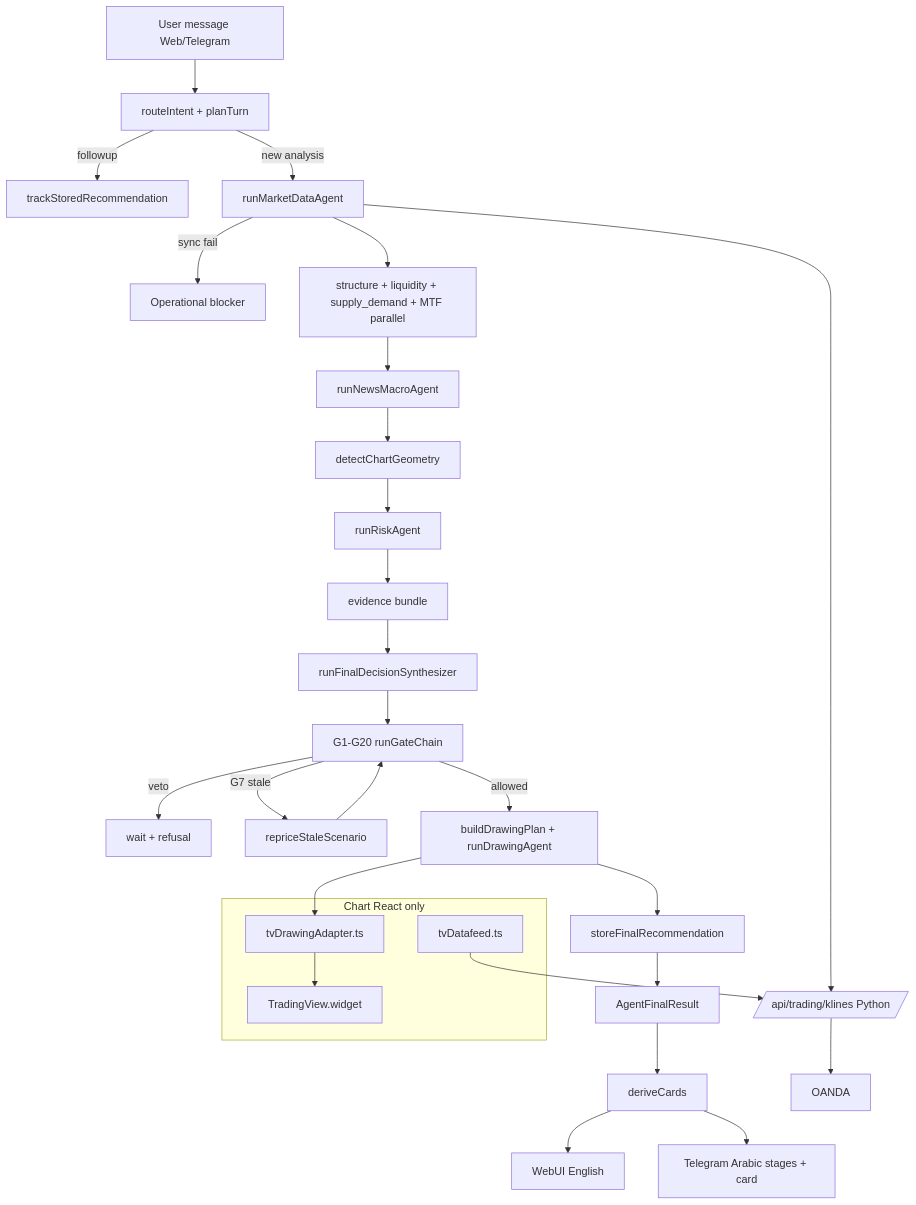
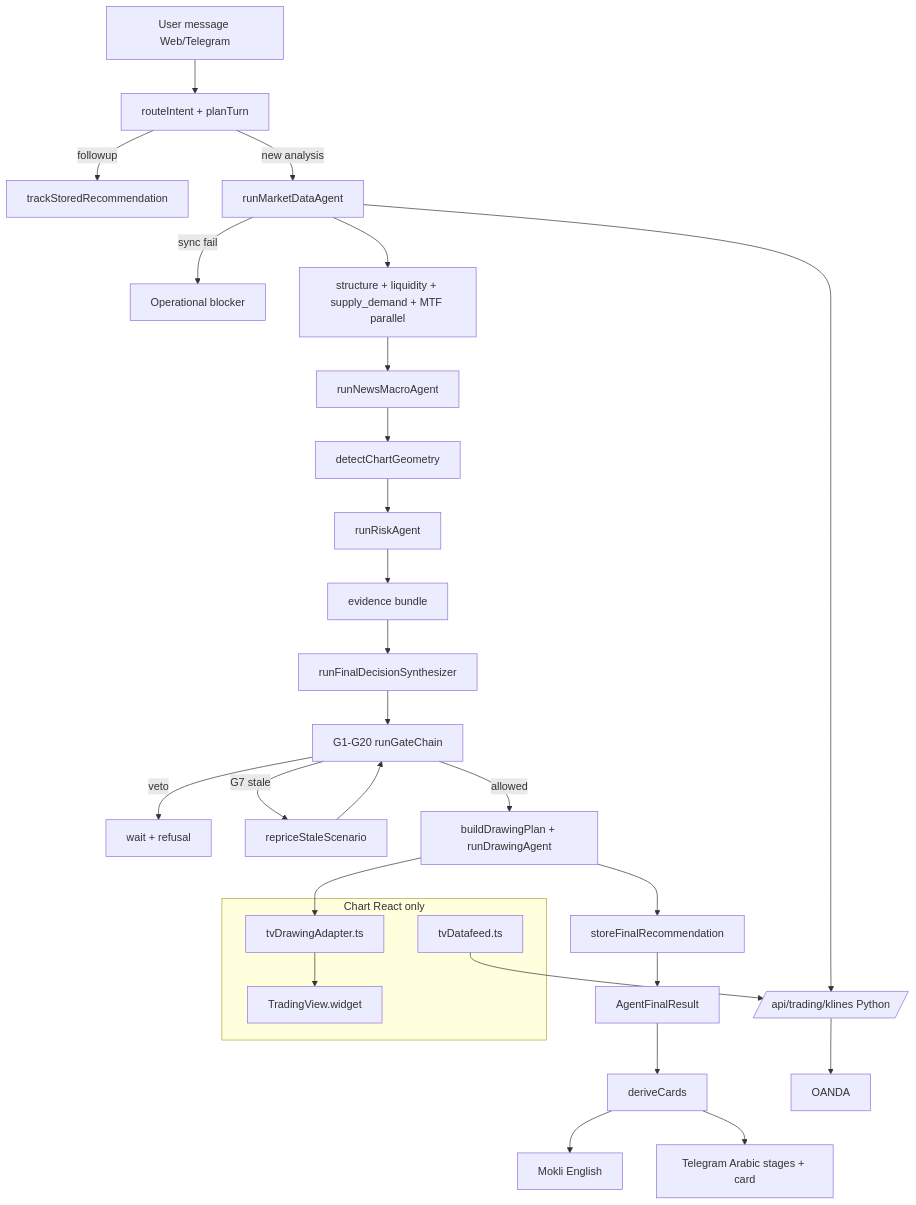
Before and after one commit to loorksy/NanoAgent: the second of 2 diagrams in docs/designs/gold-trading-agent.md, drawn with Mermaid. The commit also changed other lines of this file and 9395 other files, not shown here.

````diff
--- a/docs/designs/gold-trading-agent.md
+++ b/docs/designs/gold-trading-agent.md
@@ -330,35 +330,35 @@
 ```mermaid
 flowchart TD
   MSG[User message Web/Telegram] --> INTENT[routeIntent + planTurn]
   INTENT -->|followup| TRACK[trackStoredRecommendation]
   INTENT -->|new analysis| MARKET[runMarketDataAgent]
   MARKET -->|sync fail| STOP[Operational blocker]
   MARKET --> FLEET[structure + liquidity + supply_demand + MTF parallel]
   FLEET --> NEWS[runNewsMacroAgent]
   NEWS --> GEO[detectChartGeometry]
   GEO --> RISK[runRiskAgent]
   RISK --> EVID[evidence bundle]
   EVID --> SYNTH[runFinalDecisionSynthesizer]
   SYNTH --> GATES[G1-G20 runGateChain]
   GATES -->|veto| WAIT[wait + refusal]
   GATES -->|G7 stale| REPRICE[repriceStaleScenario]
   REPRICE --> GATES
   GATES -->|allowed| DRAW[buildDrawingPlan + runDrawingAgent]
   DRAW --> STORE[storeFinalRecommendation]
   STORE --> RESULT[AgentFinalResult]
   RESULT --> CARDS[deriveCards]
-  CARDS --> WEB[WebUI English]
+  CARDS --> WEB[Mokli English]
   CARDS --> TG[Telegram Arabic stages + card]
 
   subgraph Chart React only
     TV[TradingView.widget]
     DF[tvDatafeed.ts]
     DA[tvDrawingAdapter.ts]
   end
 
   MARKET --> API[/api/trading/klines Python/]
   API --> OANDA[OANDA]
   DF --> API
   DRAW --> DA
   DA --> TV
 ```
````
